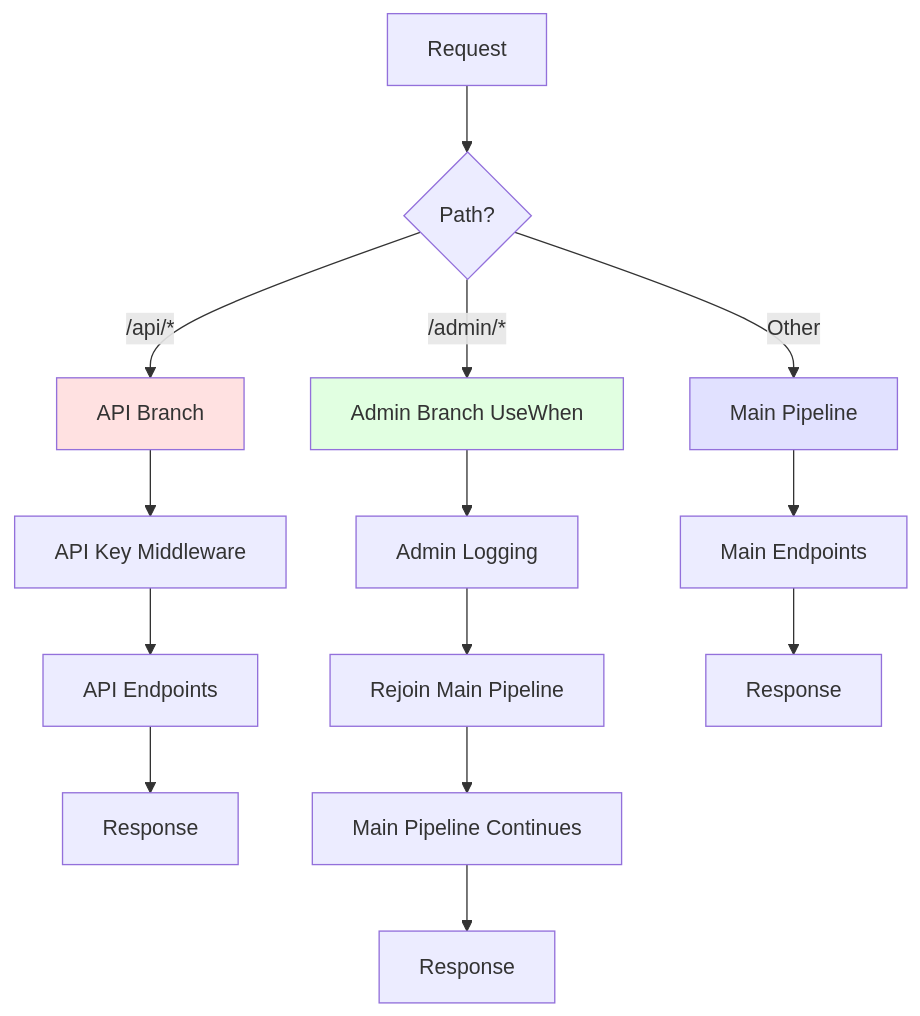
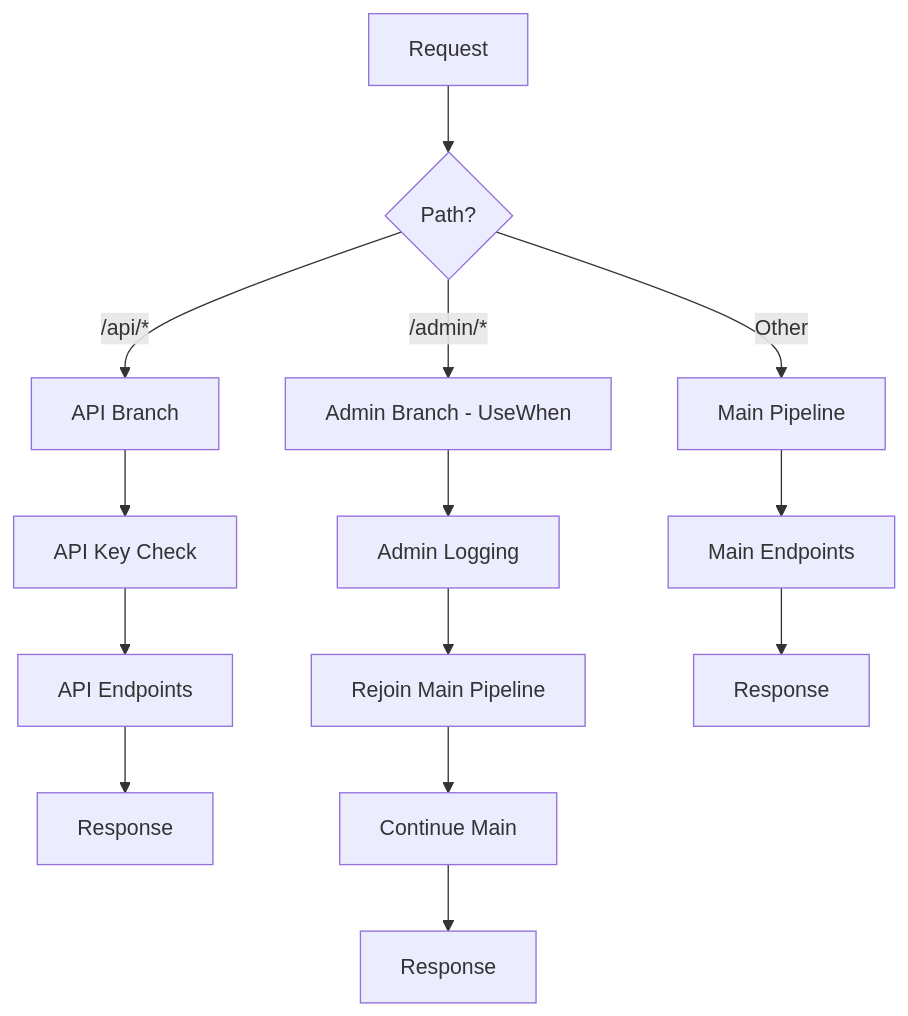
Before and after one commit to scottgal/mostlylucid.eufysecurity: the third of 3 diagrams in docs/ASPNET-PIPELINE-PART3-MIDDLEWARE.md, drawn with Mermaid. The commit also changed other lines of this file and 3 other files, not shown here.

Commit message:
Rewrite blog post series in user's style with Mermaid diagrams and AI disclaimer

````diff
--- a/docs/ASPNET-PIPELINE-PART3-MIDDLEWARE.md
+++ b/docs/ASPNET-PIPELINE-PART3-MIDDLEWARE.md
@@ -1009,23 +633,19 @@
 ```mermaid
 graph TD
     A[Request] --> B{Path?}
     B -->|/api/*| C[API Branch]
-    B -->|/admin/*| D[Admin Branch UseWhen]
+    B -->|/admin/*| D[Admin Branch - UseWhen]
     B -->|Other| E[Main Pipeline]
 
-    C --> F[API Key Middleware]
+    C --> F[API Key Check]
     F --> G[API Endpoints]
     G --> Z1[Response]
 
     D --> H[Admin Logging]
     H --> I[Rejoin Main Pipeline]
-    I --> J[Main Pipeline Continues]
+    I --> J[Continue Main]
     J --> Z2[Response]
 
     E --> K[Main Endpoints]
     K --> Z3[Response]
-
-    style C fill:#ffe1e1
-    style D fill:#e1ffe1
-    style E fill:#e1e1ff
 ```
````
